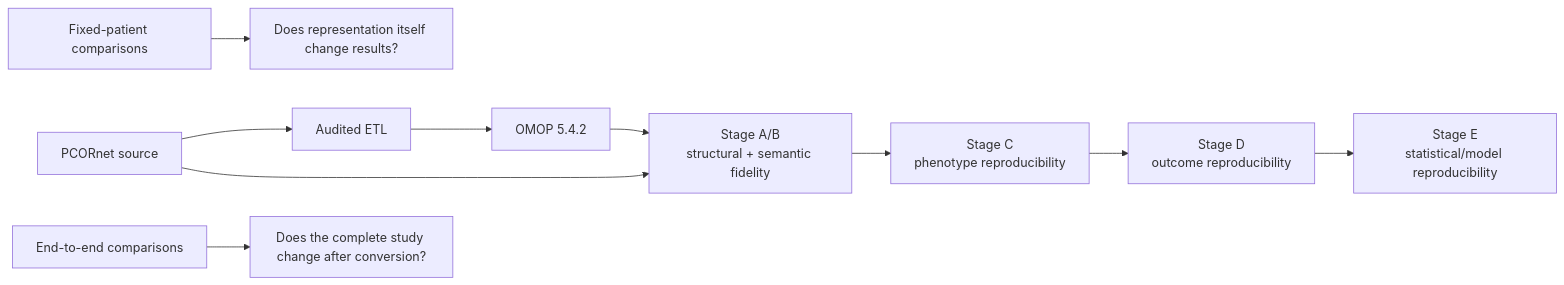
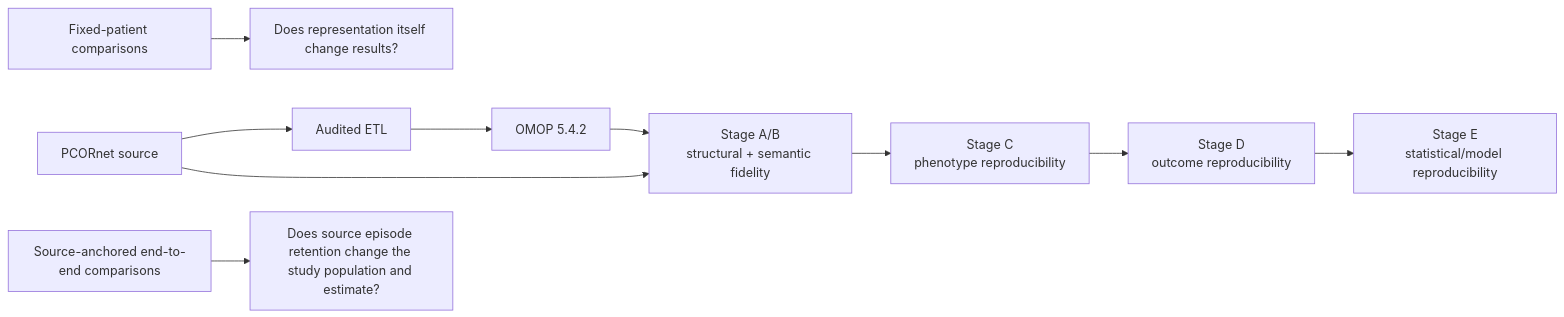
Before and after one commit to vafaei-ar/pcornet-omop-validation: the diagram in docs/01_READ_ME_FIRST.md, drawn with Mermaid. The commit also changed other lines of this file and 8 other files, not shown here.

First line of the commit message:
Align source-anchored scientific and DQD documentation

````diff
--- a/docs/01_READ_ME_FIRST.md
+++ b/docs/01_READ_ME_FIRST.md
@@ -29,13 +29,13 @@
 ```mermaid
 flowchart LR
     A[PCORnet source] --> B[Audited ETL]
     B --> C[OMOP 5.4.2]
     A --> D[Stage A/B\nstructural + semantic fidelity]
     C --> D
     D --> E[Stage C\nphenotype reproducibility]
     E --> F[Stage D\noutcome reproducibility]
     F --> G[Stage E\nstatistical/model reproducibility]
 
     H[Fixed-patient comparisons] --> I[Does representation itself change results?]
-    J[End-to-end comparisons] --> K[Does the complete study change after conversion?]
+    J[Source-anchored end-to-end comparisons] --> K[Does source episode retention change the study population and estimate?]
 ```
````
